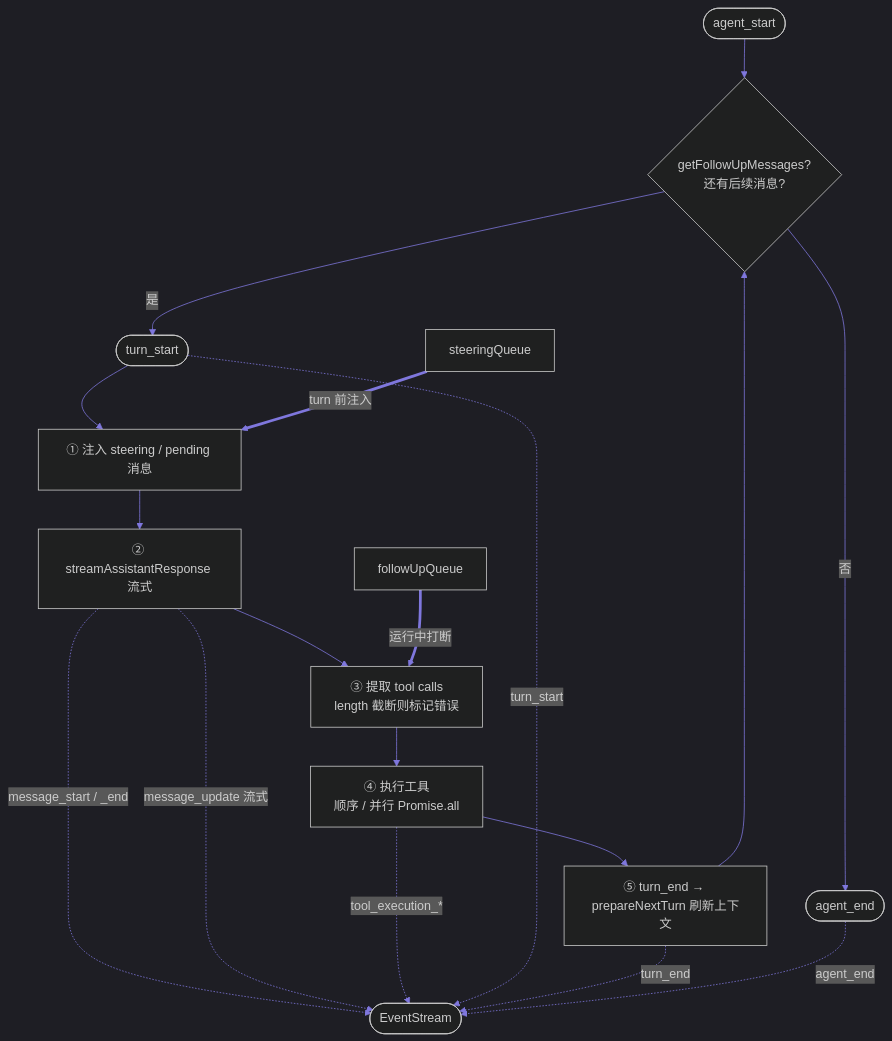
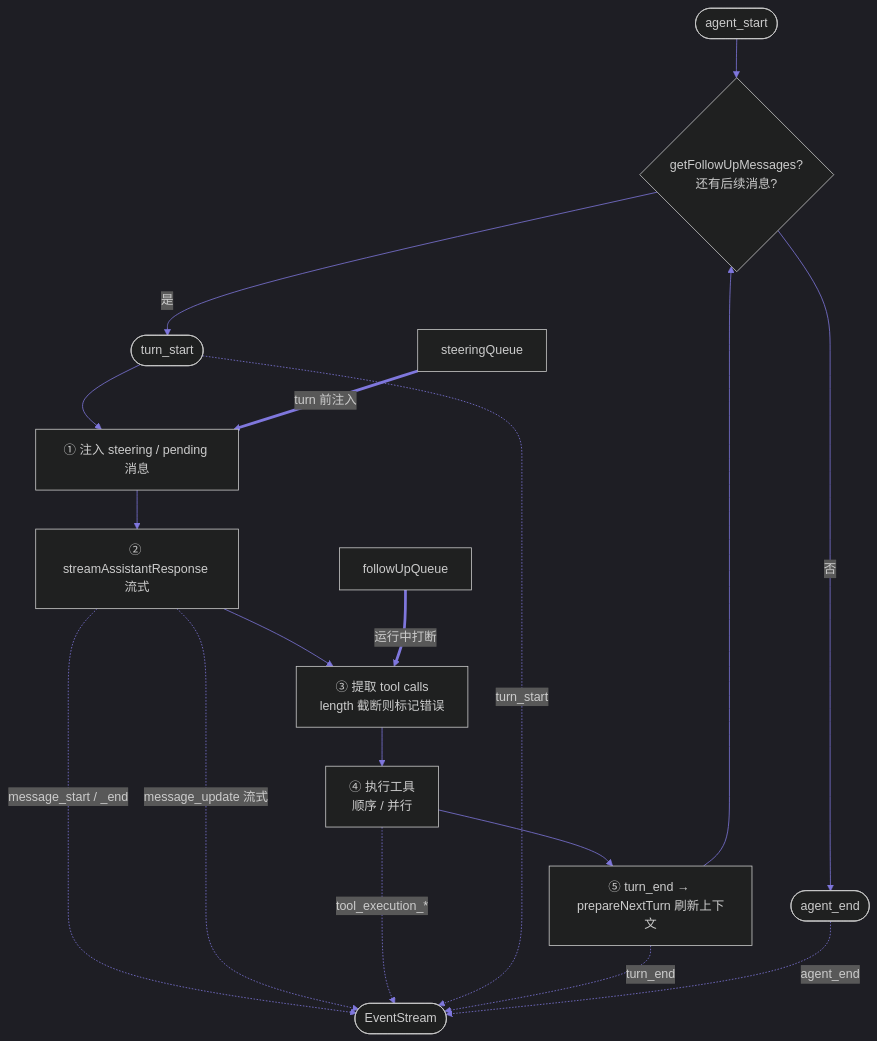
Before and after one commit to chm535091029/wiki: the fourth of 5 diagrams in knowledge/03-research/Agent/harness-engineering/pi-harness.md, drawn with Mermaid. The commit also changed other lines of this file and 4 other files, not shown here.

````diff
--- a/knowledge/03-research/Agent/harness-engineering/pi-harness.md
+++ b/knowledge/03-research/Agent/harness-engineering/pi-harness.md
@@ -394,21 +389,21 @@
 ```mermaid
 %%{init: {'theme':'dark','themeVariables':{'primaryColor':'#26215C','primaryTextColor':'#E7E5F7','lineColor':'#7F77DD','fontFamily':'system-ui'}}}%%
 flowchart TD
     START(["agent_start"]) --> OUTER{"getFollowUpMessages?<br/>还有后续消息?"}
     OUTER -- "否" --> END(["agent_end"])
     OUTER -- "是" --> TURN(["turn_start"])
     TURN --> S1["① 注入 steering / pending 消息"]
     S1 --> S2["② streamAssistantResponse 流式"]
     S2 --> S3["③ 提取 tool calls<br/>length 截断则标记错误"]
-    S3 --> S4["④ 执行工具<br/>顺序 / 并行 Promise.all"]
+    S3 --> S4["④ 执行工具<br/>顺序 / 并行"]
     S4 --> S5["⑤ turn_end → prepareNextTurn 刷新上下文"]
     S5 --> OUTER
     S2 -. "message_start / _end" .-> ES(["EventStream"])
     S2 -. "message_update 流式" .-> ES
     S4 -. "tool_execution_*" .-> ES
     TURN -. "turn_start" .-> ES
     S5 -. "turn_end" .-> ES
     END -. "agent_end" .-> ES
     QS["steeringQueue"] ==>|"turn 前注入"| S1
     QF["followUpQueue"] ==>|"运行中打断"| S3
 ```
````
